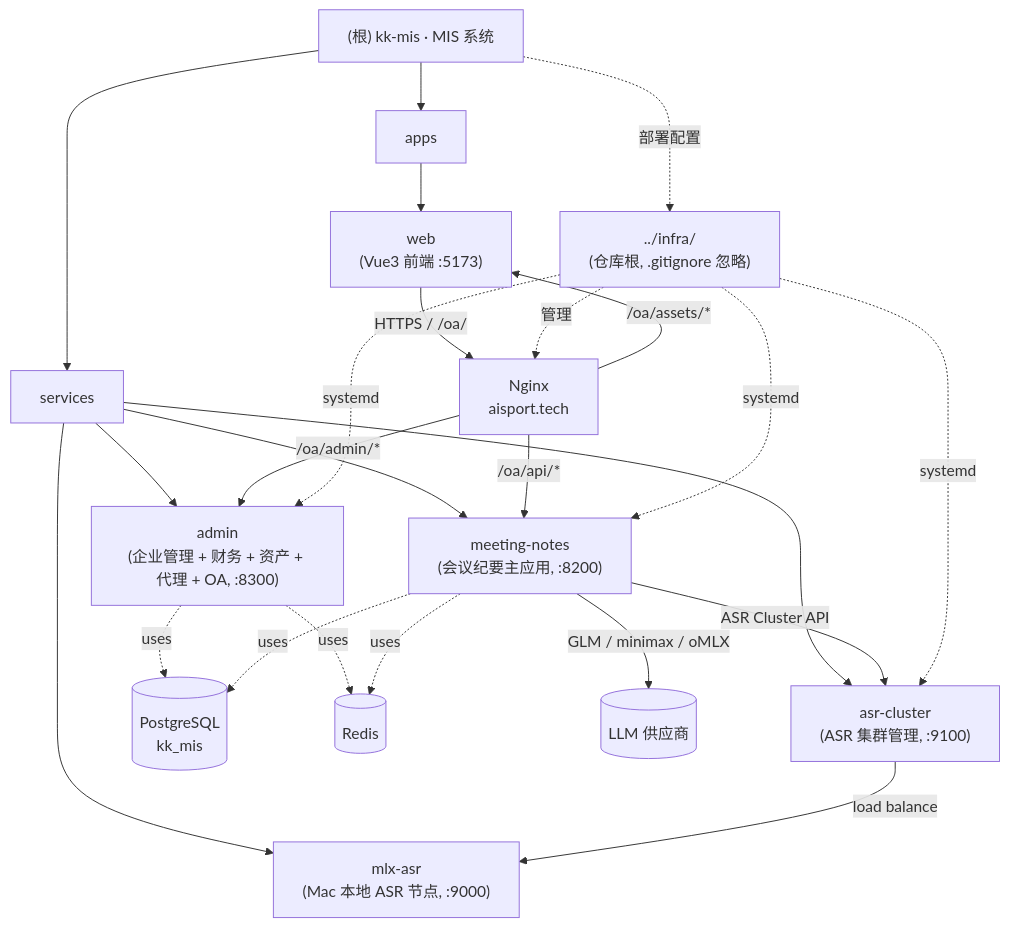
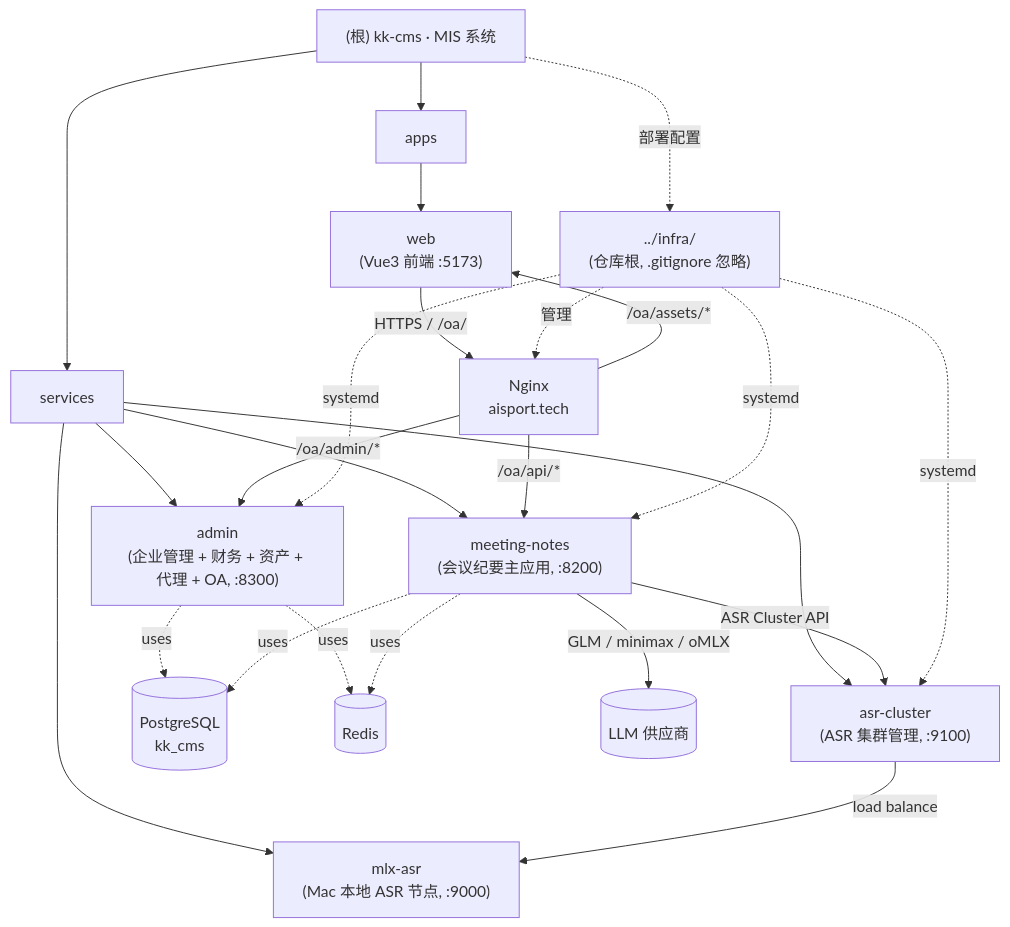
The diagram in CLAUDE.md (changzhi777/kk-mis), drawn with Mermaid before and after one commit. The commit also changed other lines of this file and 35 other files, not shown here.

First line of the commit message:
chore: 项目改名 kk-mis → kk-CMS

````diff
--- a/CLAUDE.md
+++ b/CLAUDE.md
@@ -33,38 +33,38 @@
 ```mermaid
 graph TD
-    Root["(根) kk-mis · MIS 系统"] --> Apps["apps"]
+    Root["(根) kk-cms · MIS 系统"] --> Apps["apps"]
     Root --> Services["services"]
     Root -.部署配置.-> InfraExt["../infra/<br/>(仓库根, .gitignore 忽略)"]
 
     Apps --> Web["web<br/>(Vue3 前端 :5173)"]
 
     Services --> Admin["admin<br/>(企业管理 + 财务 + 资产 + 代理 + OA, :8300)"]
     Services --> MN["meeting-notes<br/>(会议纪要主应用, :8200)"]
     Services --> MLX["mlx-asr<br/>(Mac 本地 ASR 节点, :9000)"]
     Services --> Cluster["asr-cluster<br/>(ASR 集群管理, :9100)"]
 
-    Admin -.uses.-> PG[("PostgreSQL<br/>kk_mis")]
+    Admin -.uses.-> PG[("PostgreSQL<br/>kk_cms")]
     MN -.uses.-> PG
     Admin -.uses.-> Redis[("Redis")]
     MN -.uses.-> Redis
 
     MN -- "ASR Cluster API" --> Cluster
     Cluster -- "load balance" --> MLX
 
     MN -- "GLM / minimax / oMLX" --> LLM[("LLM 供应商")]
     Web -- "HTTPS / /oa/" --> Nginx["Nginx<br/>aisport.tech"]
     Nginx -- "/oa/api/*" --> MN
     Nginx -- "/oa/admin/*" --> Admin
     Nginx -- "/oa/assets/*" --> Web
 
     InfraExt -.管理.-> Nginx
     InfraExt -.systemd.-> Admin
     InfraExt -.systemd.-> MN
     InfraExt -.systemd.-> Cluster
 
     click Web "./apps/web/CLAUDE.md" "查看 web 模块文档"
     click Admin "./services/admin/CLAUDE.md" "查看 admin 模块文档"
     click MN "./services/meeting-notes/CLAUDE.md" "查看 meeting-notes 模块文档"
     click MLX "./services/mlx-asr/CLAUDE.md" "查看 mlx-asr 模块文档"
     click Cluster "./services/asr-cluster/CLAUDE.md" "查看 asr-cluster 模块文档"
 ```
````
